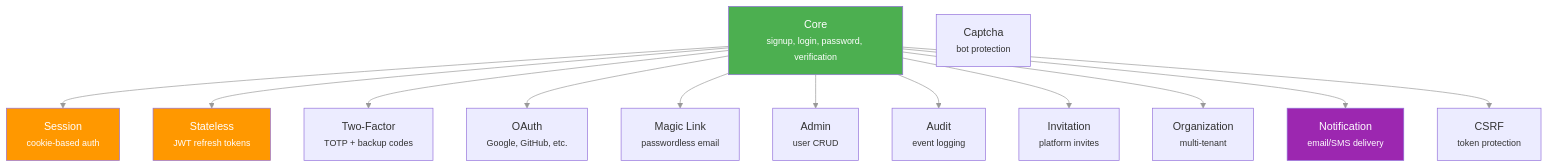
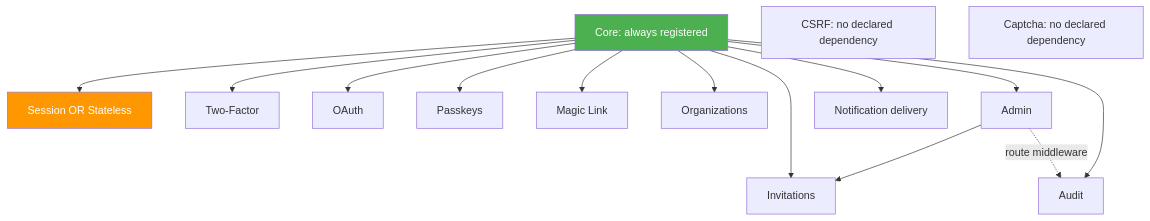
One commit to bete7512/goauth changed the second of 7 diagrams in docs/docs/architecture.md. Above: the diagram before and after it, drawn with Mermaid. The commit also changed other lines of this file and 346 other files, not shown here.

First line of the commit message:
Refactor two-factor authentication and invitation tests; enhance OAuth flow handling

````diff
--- a/docs/docs/architecture.md
+++ b/docs/docs/architecture.md
@@ -157,37 +85,20 @@
 ```mermaid
 graph TD
-    Core["Core<br/><small>signup, login, password, verification</small>"]
-
-    Session["Session<br/><small>cookie-based auth</small>"]
-    Stateless["Stateless<br/><small>JWT refresh tokens</small>"]
-
-    TwoFactor["Two-Factor<br/><small>TOTP + backup codes</small>"]
-    OAuth["OAuth<br/><small>Google, GitHub, etc.</small>"]
-    MagicLink["Magic Link<br/><small>passwordless email</small>"]
-    Admin["Admin<br/><small>user CRUD</small>"]
-    Audit["Audit<br/><small>event logging</small>"]
-    Invitation["Invitation<br/><small>platform invites</small>"]
-    Organization["Organization<br/><small>multi-tenant</small>"]
-    Notification["Notification<br/><small>email/SMS delivery</small>"]
-    Captcha["Captcha<br/><small>bot protection</small>"]
-    CSRF["CSRF<br/><small>token protection</small>"]
-
-    Core --> Session
-    Core --> Stateless
-    Core --> TwoFactor
-    Core --> OAuth
-    Core --> MagicLink
-    Core --> Admin
-    Core --> Audit
+    Core["Core: always registered"]
+    Core --> Session["Session OR Stateless"]
+    Core --> TwoFactor["Two-Factor"]
+    Core --> OAuth["OAuth"]
+    Core --> Passkeys["Passkeys"]
+    Core --> MagicLink["Magic Link"]
+    Core --> Organization["Organizations"]
+    Core --> Admin["Admin"]
+    Admin --> Invitation["Invitations"]
     Core --> Invitation
-    Core --> Organization
-    Core --> Notification
-    Core --> CSRF
-
+    Core --> Audit["Audit"]
+    Admin -.->|route middleware| Audit
+    Core --> Notification["Notification delivery"]
+    CSRF["CSRF: no declared dependency"]
+    Captcha["Captcha: no declared dependency"]
     style Core fill:#4CAF50,color:#fff
     style Session fill:#FF9800,color:#fff
-    style Stateless fill:#FF9800,color:#fff
-    style Notification fill:#9C27B0,color:#fff
-
-    linkStyle default stroke:#999
 ```
````
